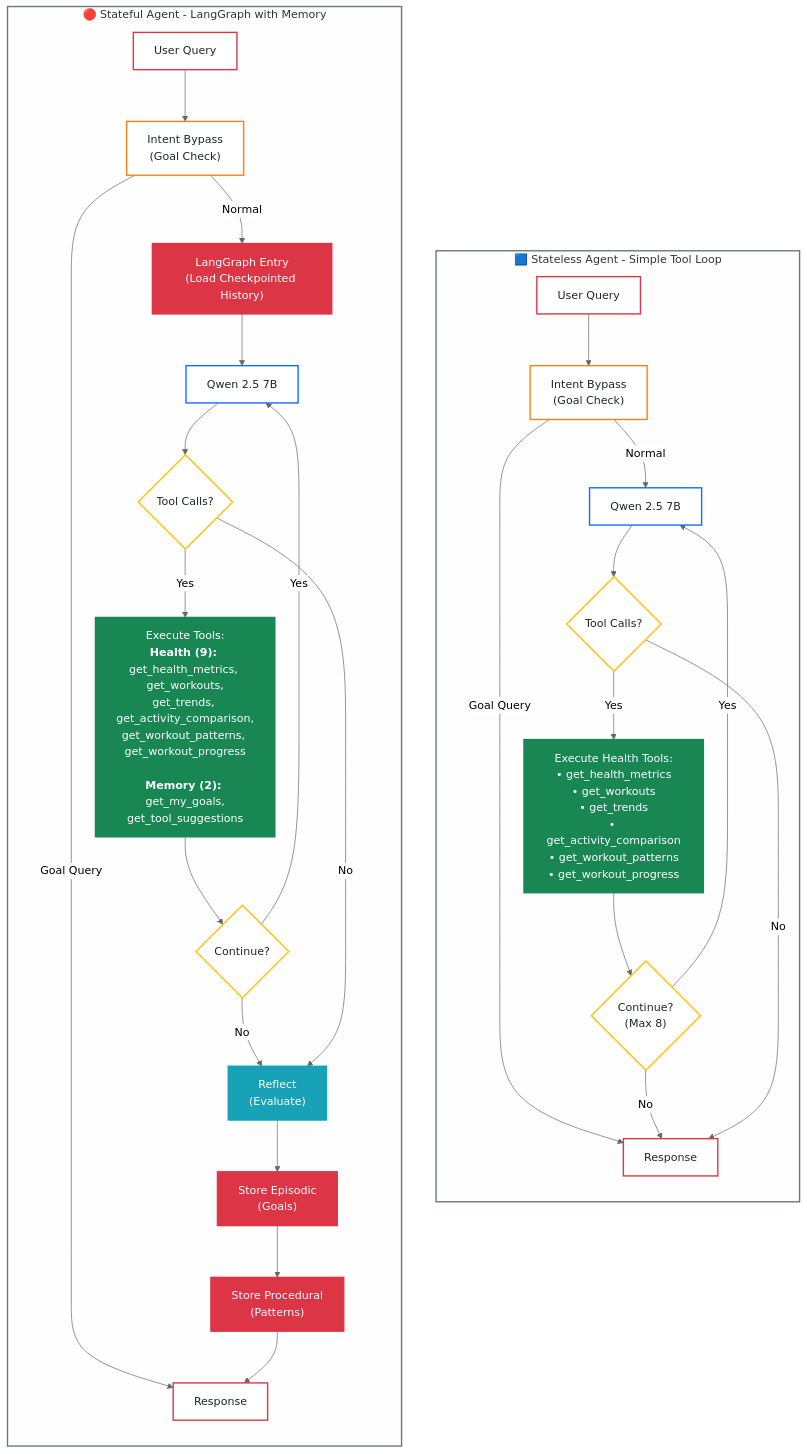
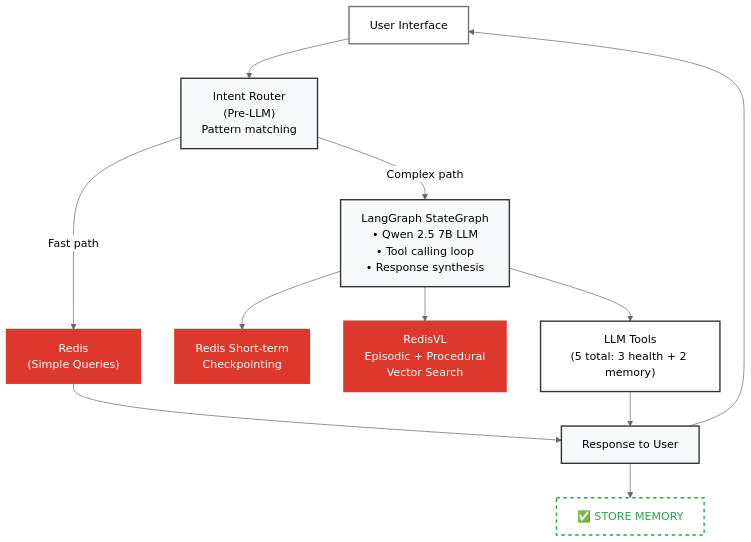
The second of 2 diagrams in README.md (AllieRays/redis-wellness), drawn with Mermaid (neutral theme) before and after one commit. The commit also changed other lines of this file and 176 other files, not shown here.

````diff
--- a/README.md
+++ b/README.md
@@ -83,64 +95,33 @@
 ```mermaid
 flowchart TB
-    subgraph stateless["🟦 Stateless Agent - Simple Tool Loop"]
-        direction TB
-        S1["User Query"]:::start
-        S2["Intent Bypass<br/>(Goal Check)"]:::router
-        S3["Qwen 2.5 7B"]:::llm
-        S4{"Tool Calls?"}:::decision
-        S5["Execute Health Tools:<br/>• get_health_metrics<br/>• get_workouts<br/>• get_trends<br/>• get_activity_comparison<br/>• get_workout_patterns<br/>• get_workout_progress"]:::tool
-        S6{"Continue?<br/>(Max 8)"}:::decision
-        S7["Response"]:::response
+    UI["User Interface"]
+    Router["Intent Router<br/>(Pre-LLM)<br/>Pattern matching"]
+    Simple["Redis<br/>(Simple Queries)"]
+    Complex["LangGraph StateGraph<br/>• Qwen 2.5 7B LLM<br/>• Tool calling loop<br/>• Response synthesis"]
+    RedisShort["Redis Short-term<br/>Checkpointing"]
+    RedisVL["RedisVL<br/>Episodic + Procedural<br/>Vector Search"]
+    Tools["LLM Tools<br/>(5 total: 3 health + 2 memory)"]
+    Response["Response to User"]
+    Store["✅ STORE MEMORY"]
 
-        S1 --> S2
-        S2 -->|"Goal Query"| S7
-        S2 -->|"Normal"| S3
-        S3 --> S4
-        S4 -->|Yes| S5
-        S5 --> S6
-        S6 -->|Yes| S3
-        S6 -->|No| S7
-        S4 -->|No| S7
-    end
+    UI --> Router
+    Router -->|"Fast path"| Simple
+    Router -->|"Complex path"| Complex
+    Simple --> Response
+    Complex --> RedisShort
+    Complex --> RedisVL
+    Complex --> Tools
+    Tools --> Response
+    Response --> UI
+    Response --> Store
 
-    subgraph stateful["🔴 Stateful Agent - LangGraph with Memory"]
-        direction TB
-        T1["User Query"]:::start
-        T2["Intent Bypass<br/>(Goal Check)"]:::router
-        T3["LangGraph Entry<br/>(Load Checkpointed History)"]:::memory
-        T4["Qwen 2.5 7B"]:::llm
-        T5{"Tool Calls?"}:::decision
-        T6["Execute Tools:<br/><b>Health (9):</b> get_health_metrics, get_workouts,<br/>get_trends, get_activity_comparison,<br/>get_workout_patterns, get_workout_progress<br/><br/><b>Memory (2):</b> get_my_goals,<br/>get_tool_suggestions"]:::tool
-        T7{"Continue?"}:::decision
-        T8["Reflect<br/>(Evaluate)"]:::reflect
-        T9["Store Episodic<br/>(Goals)"]:::memory
-        T10["Store Procedural<br/>(Patterns)"]:::memory
-        T11["Response"]:::response
-
-        T1 --> T2
-        T2 -->|"Goal Query"| T11
-        T2 -->|"Normal"| T3
-        T3 --> T4
-        T4 --> T5
-        T5 -->|Yes| T6
-        T6 --> T7
-        T7 -->|Yes| T4
-        T7 -->|No| T8
-        T5 -->|No| T8
-        T8 --> T9
-        T9 --> T10
-        T10 --> T11
-    end
-
-    classDef start fill:#fff,stroke:#dc3545,stroke-width:2px,color:#212529
-    classDef router fill:#fff,stroke:#fd7e14,stroke-width:2px,color:#212529
-    classDef llm fill:#fff,stroke:#0d6efd,stroke-width:2px,color:#212529
-    classDef decision fill:#fff,stroke:#ffc107,stroke-width:2px,color:#212529
-    classDef tool fill:#198754,stroke:#198754,stroke-width:2px,color:#fff
-    classDef memory fill:#dc3545,stroke:#dc3545,stroke-width:2px,color:#fff
-    classDef reflect fill:#17a2b8,stroke:#17a2b8,stroke-width:2px,color:#fff
-    classDef response fill:#fff,stroke:#dc3545,stroke-width:2px,color:#212529
-
-    style stateless fill:#fefefe,stroke:#6c757d,stroke-width:2px
-    style stateful fill:#fefefe,stroke:#6c757d,stroke-width:2px
+    style UI fill:#fff,stroke:#6c757d,stroke-width:2px,color:#000
+    style Router fill:#f8f9fa,stroke:#333,stroke-width:2px,color:#000
+    style Simple fill:#dc382d,stroke:#dc382d,stroke-width:2px,color:#fff
+    style Complex fill:#f8f9fa,stroke:#333,stroke-width:2px,color:#000
+    style RedisShort fill:#dc382d,stroke:#dc382d,stroke-width:2px,color:#fff
+    style RedisVL fill:#dc382d,stroke:#dc382d,stroke-width:2px,color:#fff
+    style Tools fill:#fff,stroke:#333,stroke-width:2px,color:#000
+    style Response fill:#f8f9fa,stroke:#333,stroke-width:2px,color:#000
+    style Store fill:#fff,stroke:#28a745,stroke-width:2px,color:#28a745,stroke-dasharray: 5 5
 ```
````
